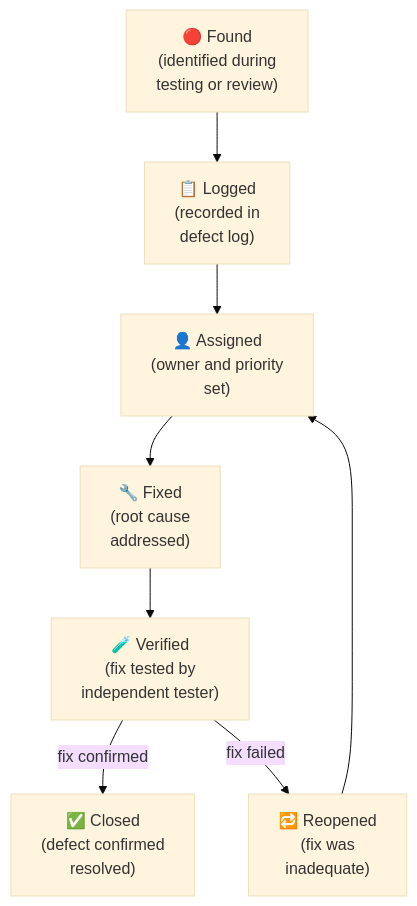
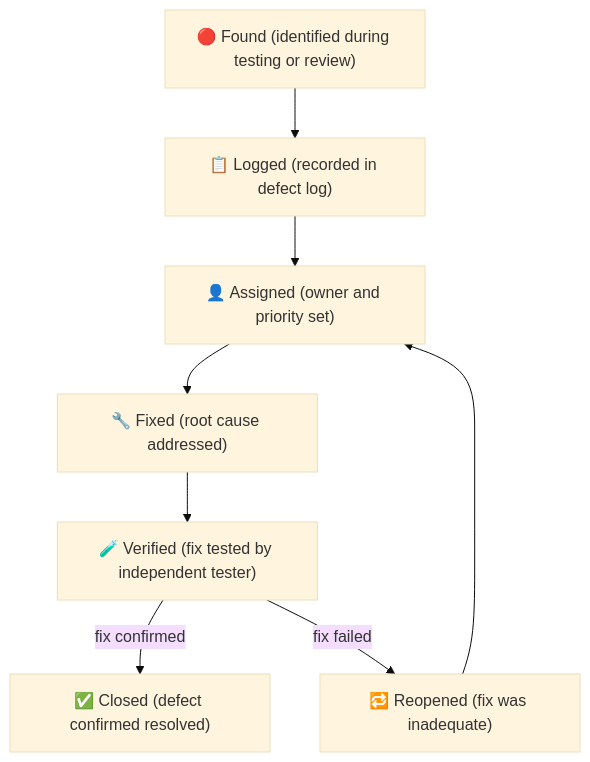
One commit to UncleJS/course_projectManagement changed the first of 4 diagrams in modules/12-quality-management.md. Above: the diagram before and after it, drawn with Mermaid (base theme). The commit also changed other lines of this file and 16 other files, not shown here.

Commit message:
Fix Mermaid rendering: remove literal \n from all diagram labels; quote unquoted & in flowchart nodes

````diff
--- a/modules/12-quality-management.md
+++ b/modules/12-quality-management.md
@@ -227,14 +227,14 @@
 ```mermaid
 flowchart TD
-    FO["🔴 Found\n(identified during\ntesting or review)"]
-    LO["📋 Logged\n(recorded in\ndefect log)"]
-    AS["👤 Assigned\n(owner and priority\nset)"]
-    FX["🔧 Fixed\n(root cause\naddressed)"]
-    VE["🧪 Verified\n(fix tested by\nindependent tester)"]
-    CL["✅ Closed\n(defect confirmed\nresolved)"]
-    RO["🔁 Reopened\n(fix was\ninadequate)"]
+    FO["🔴 Found (identified during testing or review)"]
+    LO["📋 Logged (recorded in defect log)"]
+    AS["👤 Assigned (owner and priority set)"]
+    FX["🔧 Fixed (root cause addressed)"]
+    VE["🧪 Verified (fix tested by independent tester)"]
+    CL["✅ Closed (defect confirmed resolved)"]
+    RO["🔁 Reopened (fix was inadequate)"]
     FO --> LO --> AS --> FX --> VE
     VE -->|"fix confirmed"| CL
     VE -->|"fix failed"| RO
     RO --> AS
 ```
````
